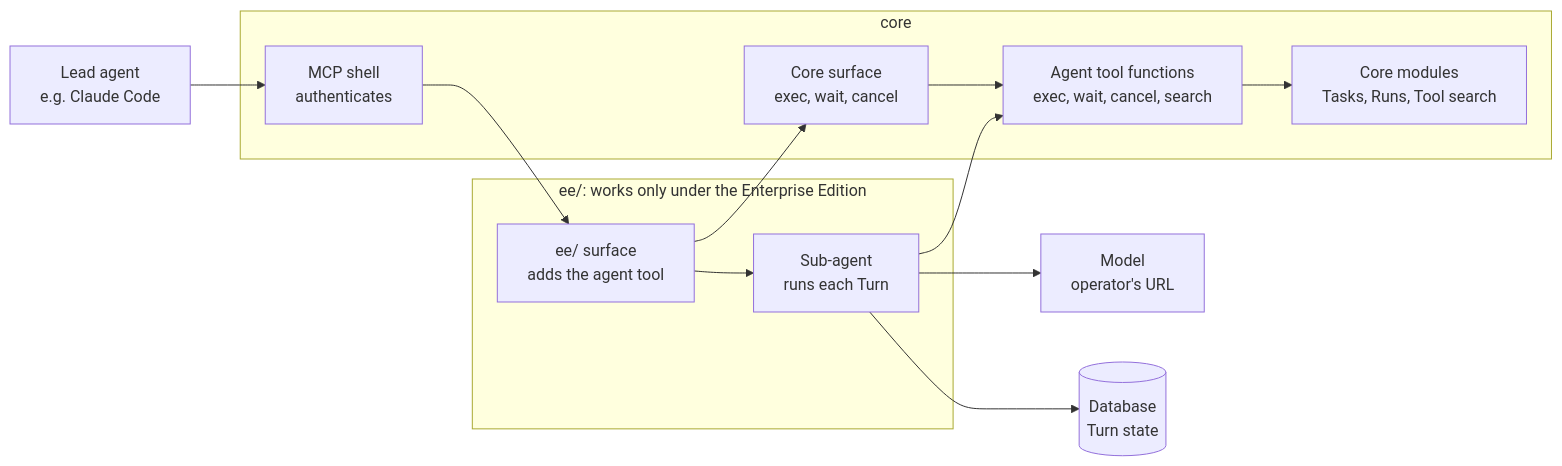
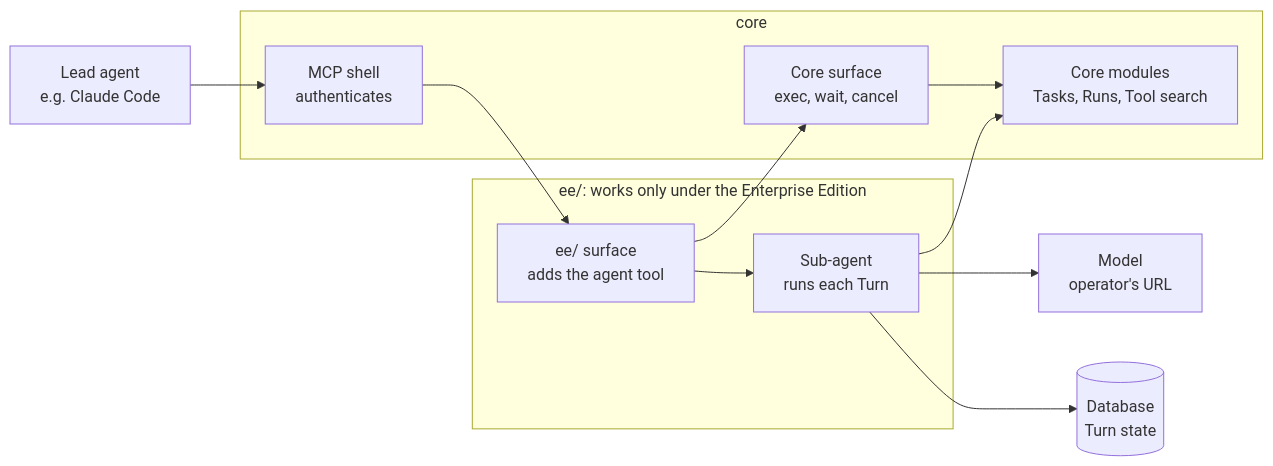
The first of 5 diagrams in docs/adr/0039-an-enterprise-sub-agent.md (withcoral/coral), drawn with Mermaid before and after one commit. The commit also changed other lines of this file, not shown here.

First line of the commit message:
docs(sub-agent): have the Sub-agent call the Task and Run modules directly

````diff
--- a/docs/adr/0039-an-enterprise-sub-agent.md
+++ b/docs/adr/0039-an-enterprise-sub-agent.md
@@ -33,24 +33,22 @@
 ```mermaid
 flowchart LR
     lead["Lead agent<br/>e.g. Claude Code"]
     model["Model<br/>operator's URL"]
     db[("Database<br/>Turn state")]
     subgraph ee["ee/: works only under the Enterprise Edition"]
         eesurface["ee/ surface<br/>adds the agent tool"]
         subagent["Sub-agent<br/>runs each Turn"]
     end
     subgraph core["core"]
         shell["MCP shell<br/>authenticates"]
         coresurface["Core surface<br/>exec, wait, cancel"]
-        ai["Agent tool functions<br/>exec, wait, cancel, search"]
         modules["Core modules<br/>Tasks, Runs, Tool search"]
     end
     lead --> shell --> eesurface
     eesurface --> subagent
     eesurface --> coresurface
-    coresurface --> ai
-    subagent --> ai
+    coresurface --> modules
+    subagent --> modules
     subagent --> model
     subagent --> db
-    ai --> modules
 ```
````
